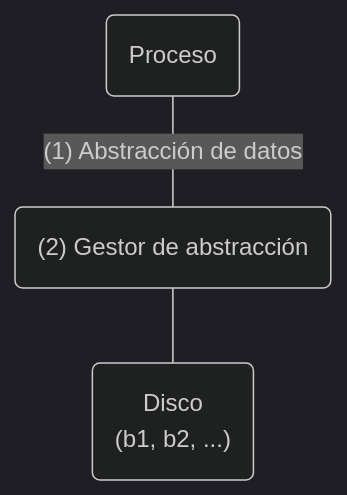
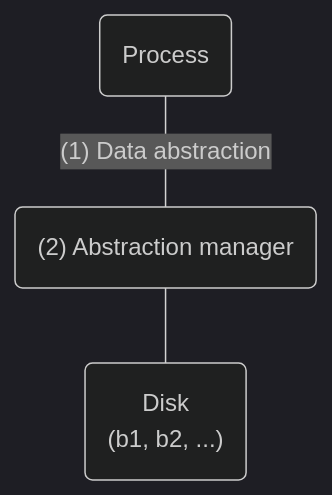
Before and after one commit to acaldero/uc3m_ds: the third of 5 diagrams in materials/topic-dfs/dfs.md, drawn with Mermaid (dark theme). The commit also changed other lines of this file, not shown here.

````diff
--- a/materials/topic-dfs/dfs.md
+++ b/materials/topic-dfs/dfs.md
@@ -50,5 +50,5 @@
-  ```mermaid
-  flowchart TD
-  A(Proceso)---|"(1) Abstracción de datos"|B("(2) Gestor de abstracción")
-  B --- C("Disco<br>(b1, b2, ...)")
-  ```
+```mermaid
+flowchart TD
+A(Process)---|"(1) Data abstraction"|B("(2) Abstraction manager")
+B --- C("Disk<br>(b1, b2, ...)")
+```
````
